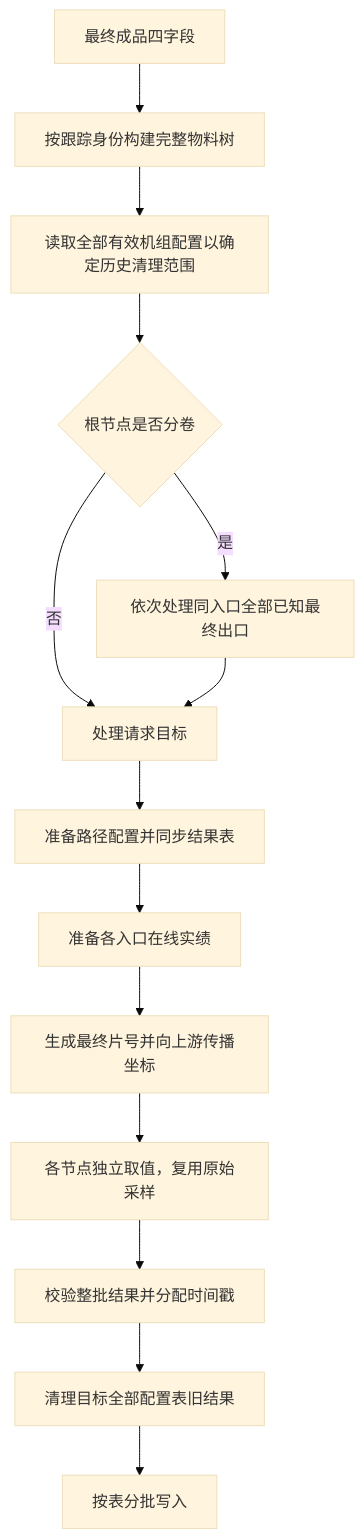
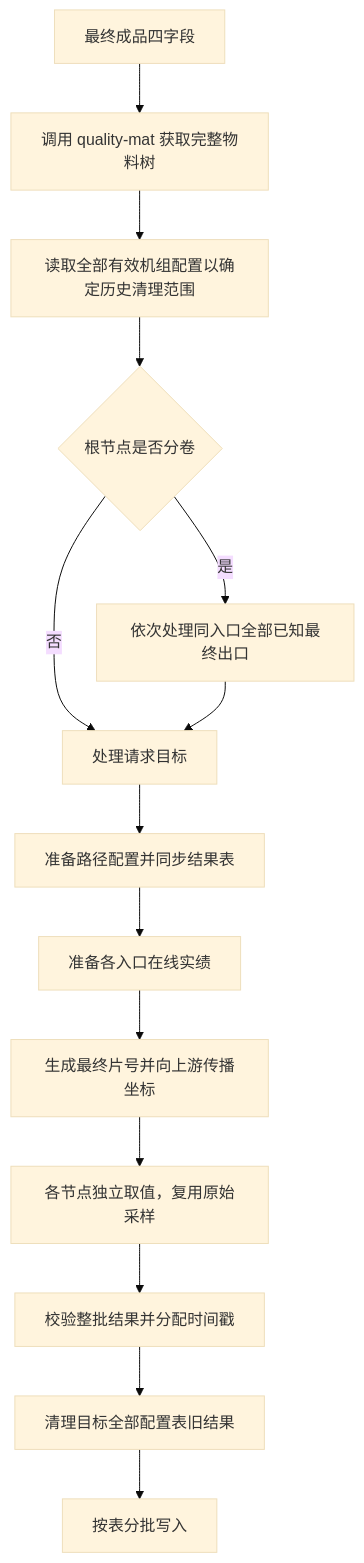
One commit to Meow-2/obsidian-next changed the diagram in 数字钢卷/切片AI总结/跨工序切片/跨工序切片接口.md. Above: the diagram before and after it, drawn with Mermaid (base theme). The commit also changed other lines of this file and 5 other files, not shown here.

````diff
--- a/数字钢卷/切片AI总结/跨工序切片/跨工序切片接口.md
+++ b/数字钢卷/切片AI总结/跨工序切片/跨工序切片接口.md
@@ -24,16 +24,16 @@
 ```mermaid
 flowchart TD
-    A[最终成品四字段] --> B[按跟踪身份构建完整物料树]
+    A[最终成品四字段] --> B[调用 quality-mat 获取完整物料树]
     B --> C[读取全部有效机组配置以确定历史清理范围]
     C --> D{根节点是否分卷}
     D -->|否| E[处理请求目标]
     D -->|是| F[依次处理同入口全部已知最终出口]
     F --> E
     E --> G[准备路径配置并同步结果表]
     G --> H[准备各入口在线实绩]
     H --> I[生成最终片号并向上游传播坐标]
     I --> J[各节点独立取值，复用原始采样]
     J --> K[校验整批结果并分配时间戳]
     K --> L[清理目标全部配置表旧结果]
     L --> M[按表分批写入]
 ```
````
